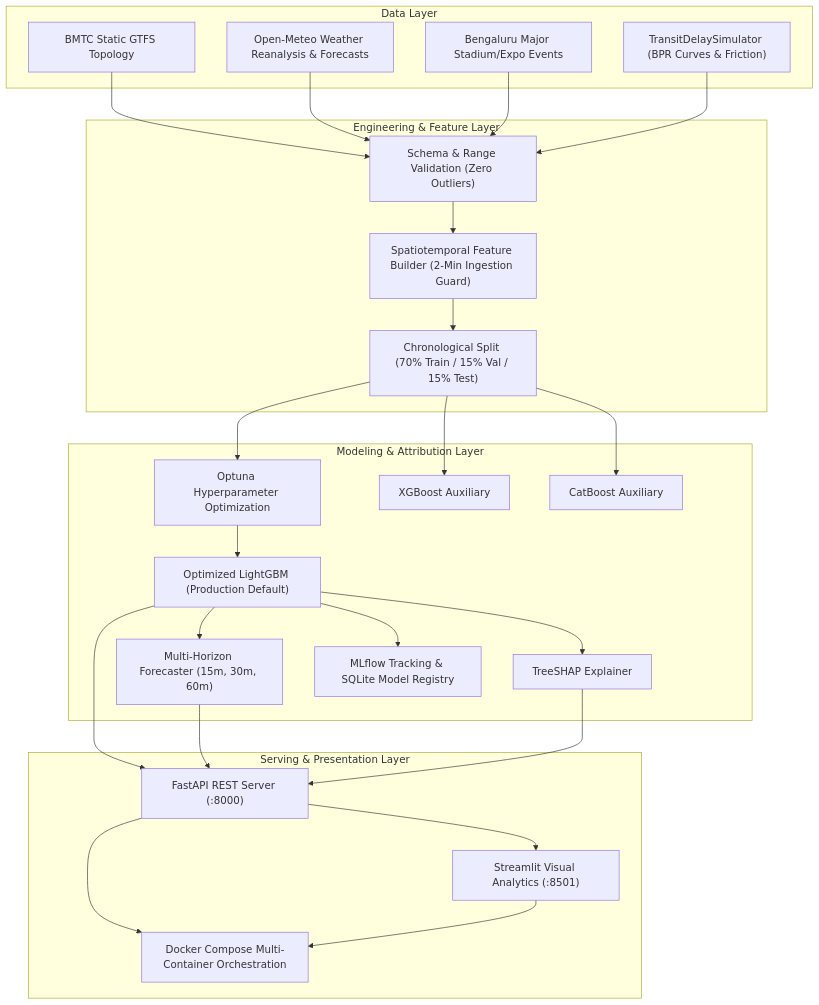
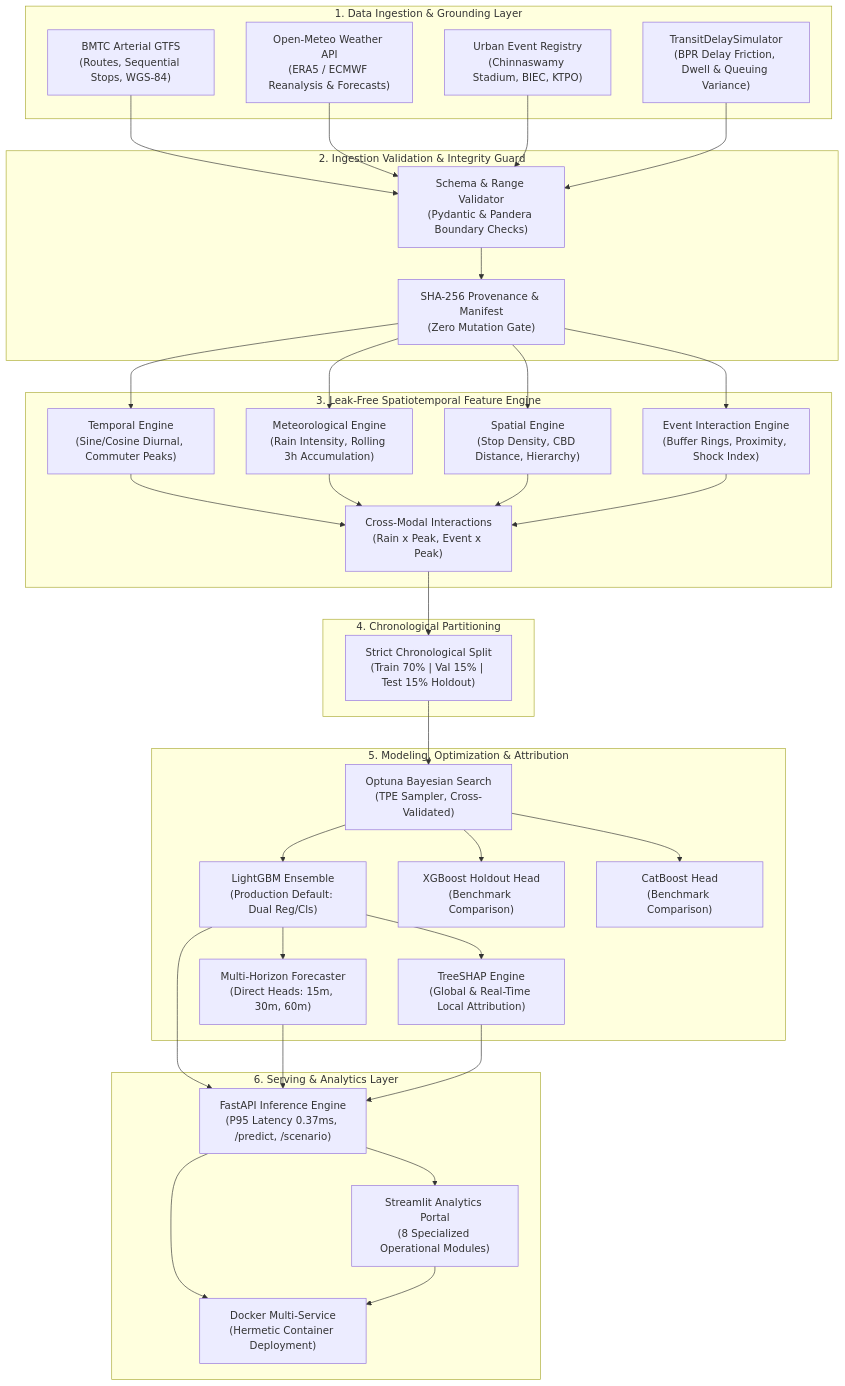
Before and after one commit to thrilokmanjunath/TransitPulse-AI: the first of 3 diagrams in docs/ARCHITECTURE.md, drawn with Mermaid. The commit also changed other lines of this file and 14 other files, not shown here.

Commit message:
docs(release): complete release audit, reproducibility checklist, architecture specs, api verification and dashboard screenshots

````diff
--- a/docs/ARCHITECTURE.md
+++ b/docs/ARCHITECTURE.md
@@ -7,51 +17,60 @@
 ```mermaid
-flowchart TD
-    subgraph S_DATA["Data Layer"]
-        GTFS["BMTC Static GTFS Topology"]
-        METEO["Open-Meteo Weather Reanalysis & Forecasts"]
-        EVENTS["Bengaluru Major Stadium/Expo Events"]
-        SIM["TransitDelaySimulator (BPR Curves & Friction)"]
+flowchart TB
+    subgraph S_RAW["1. Data Ingestion & Grounding Layer"]
+        GTFS["BMTC Arterial GTFS<br/>(Routes, Sequential Stops, WGS-84)"]
+        METEO["Open-Meteo Weather API<br/>(ERA5 / ECMWF Reanalysis & Forecasts)"]
+        EVENTS["Urban Event Registry<br/>(Chinnaswamy Stadium, BIEC, KTPO)"]
+        SIM["TransitDelaySimulator<br/>(BPR Delay Friction, Dwell & Queuing Variance)"]
     end
 
-    subgraph S_PIPE["Engineering & Feature Layer"]
-        VAL["Schema & Range Validation (Zero Outliers)"]
-        FEAT_BUILD["Spatiotemporal Feature Builder (2-Min Ingestion Guard)"]
-        SPLIT["Chronological Split (70% Train / 15% Val / 15% Test)"]
+    subgraph S_VALID["2. Ingestion Validation & Integrity Guard"]
+        SCHEMA["Schema & Range Validator<br/>(Pydantic & Pandera Boundary Checks)"]
+        PROV["SHA-256 Provenance & Manifest<br/>(Zero Mutation Gate)"]
     end
 
-    subgraph S_MODEL["Modeling & Attribution Layer"]
-        OPT["Optuna Hyperparameter Optimization"]
-        LGB["Optimized LightGBM (Production Default)"]
-        XGB["XGBoost Auxiliary"]
-        CAT["CatBoost Auxiliary"]
-        HORIZON["Multi-Horizon Forecaster (15m, 30m, 60m)"]
-        SHAP_ENG["TreeSHAP Explainer"]
-        MLFLOW["MLflow Tracking & SQLite Model Registry"]
+    subgraph S_FEAT["3. Leak-Free Spatiotemporal Feature Engine"]
+        TEMP["Temporal Engine<br/>(Sine/Cosine Diurnal, Commuter Peaks)"]
+        WEATH["Meteorological Engine<br/>(Rain Intensity, Rolling 3h Accumulation)"]
+        SPAT["Spatial Engine<br/>(Stop Density, CBD Distance, Hierarchy)"]
+        EVT["Event Interaction Engine<br/>(Buffer Rings, Proximity, Shock Index)"]
+        CROSS["Cross-Modal Interactions<br/>(Rain x Peak, Event x Peak)"]
     end
 
-    subgraph S_SERV["Serving & Presentation Layer"]
-        FASTAPI["FastAPI REST Server (:8000)"]
-        DASH["Streamlit Visual Analytics (:8501)"]
-        DOCKER["Docker Compose Multi-Container Orchestration"]
+    subgraph S_SPLIT["4. Chronological Partitioning"]
+        CHRONO["Strict Chronological Split<br/>(Train 70% | Val 15% | Test 15% Holdout)"]
     end
 
-    GTFS --> VAL
-    METEO --> VAL
-    EVENTS --> VAL
-    SIM --> VAL
-    VAL --> FEAT_BUILD
-    FEAT_BUILD --> SPLIT
-    SPLIT --> OPT
-    OPT --> LGB
-    SPLIT --> XGB
-    SPLIT --> CAT
-    LGB --> HORIZON
-    LGB --> SHAP_ENG
-    LGB --> MLFLOW
-    LGB --> FASTAPI
+    subgraph S_MODELS["5. Modeling, Optimization & Attribution"]
+        OPTUNA["Optuna Bayesian Search<br/>(TPE Sampler, Cross-Validated)"]
+        LGBM["LightGBM Ensemble<br/>(Production Default: Dual Reg/Cls)"]
+        XGB["XGBoost Holdout Head<br/>(Benchmark Comparison)"]
+        CAT["CatBoost Head<br/>(Benchmark Comparison)"]
+        HORIZON["Multi-Horizon Forecaster<br/>(Direct Heads: 15m, 30m, 60m)"]
+        SHAP["TreeSHAP Engine<br/>(Global & Real-Time Local Attribution)"]
+    end
+
+    subgraph S_SERVE["6. Serving & Analytics Layer"]
+        FASTAPI["FastAPI Inference Engine<br/>(P95 Latency 0.37ms, /predict, /scenario)"]
+        STREAMLIT["Streamlit Analytics Portal<br/>(8 Specialized Operational Modules)"]
+        DOCKER["Docker Multi-Service<br/>(Hermetic Container Deployment)"]
+    end
+
+    GTFS --> SCHEMA
+    METEO --> SCHEMA
+    EVENTS --> SCHEMA
+    SIM --> SCHEMA
+    SCHEMA --> PROV
+    PROV --> TEMP & WEATH & SPAT & EVT
+    TEMP & WEATH & SPAT & EVT --> CROSS
+    CROSS --> CHRONO
+    CHRONO --> OPTUNA
+    OPTUNA --> LGBM & XGB & CAT
+    LGBM --> HORIZON
+    LGBM --> SHAP
+    LGBM --> FASTAPI
     HORIZON --> FASTAPI
-    SHAP_ENG --> FASTAPI
-    FASTAPI --> DASH
+    SHAP --> FASTAPI
+    FASTAPI --> STREAMLIT
     FASTAPI --> DOCKER
-    DASH --> DOCKER
+    STREAMLIT --> DOCKER
 ```
````
